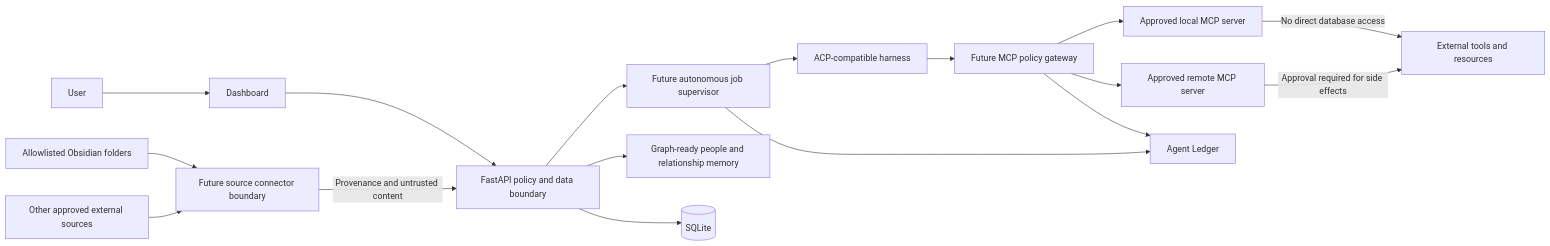
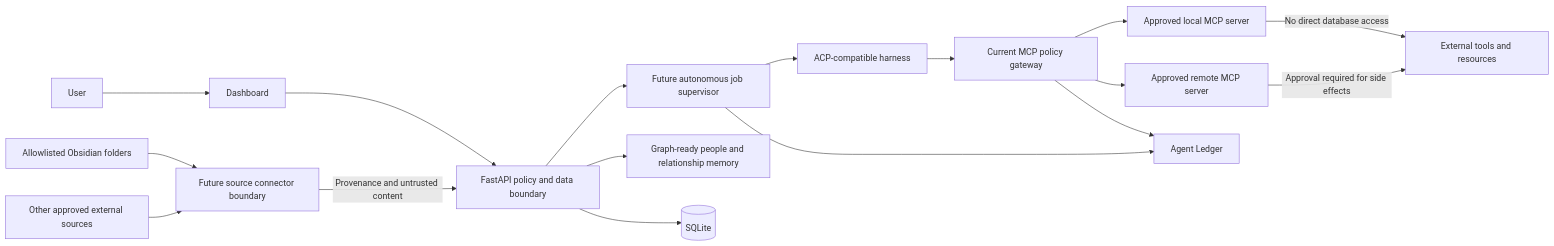
Before and after one commit to syamas77/life-dashboard: the eighth of 13 diagrams in docs/architecture.md, drawn with Mermaid. The commit also changed other lines of this file and 19 other files, not shown here.

First line of the commit message:
feat: connect MCP policy gateway to dashboard and Pi

````diff
--- a/docs/architecture.md
+++ b/docs/architecture.md
@@ -243,19 +251,19 @@
 ```mermaid
 flowchart LR
     User[User] --> UI[Dashboard]
     UI --> API[FastAPI policy and data boundary]
     API --> Jobs[Future autonomous job supervisor]
     Jobs --> ACP[ACP-compatible harness]
-    ACP --> Gateway[Future MCP policy gateway]
+    ACP --> Gateway[Current MCP policy gateway]
     Gateway --> LocalMCP[Approved local MCP server]
     Gateway --> RemoteMCP[Approved remote MCP server]
     LocalMCP -->|No direct database access| Tools[External tools and resources]
     RemoteMCP -->|Approval required for side effects| Tools
     Obsidian[Allowlisted Obsidian folders] --> Connectors[Future source connector boundary]
     Sources[Other approved external sources] --> Connectors
     Connectors -->|Provenance and untrusted content| API
     API --> Graph[Graph-ready people and relationship memory]
     API --> DB[(SQLite)]
     Jobs --> Ledger[Agent Ledger]
     Gateway --> Ledger
 ```
````
